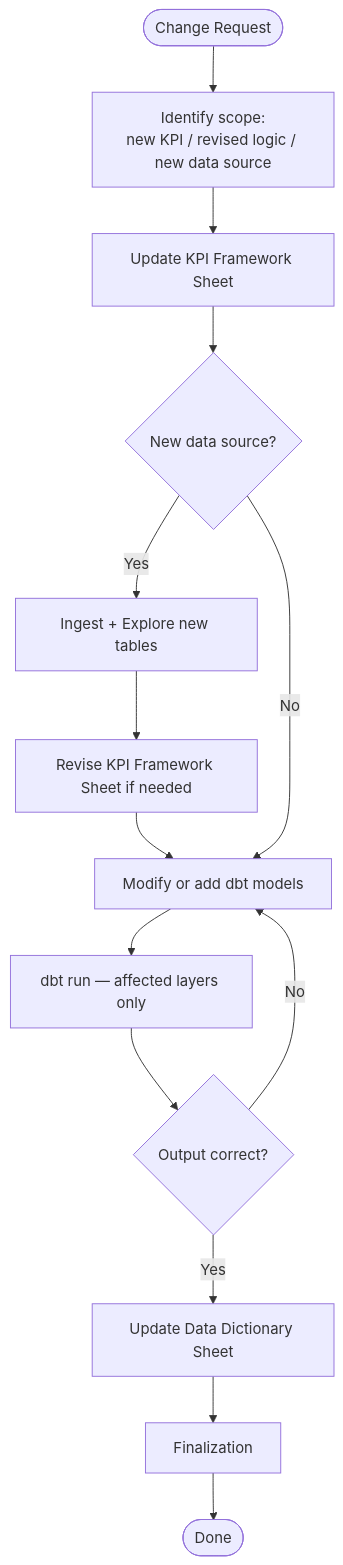
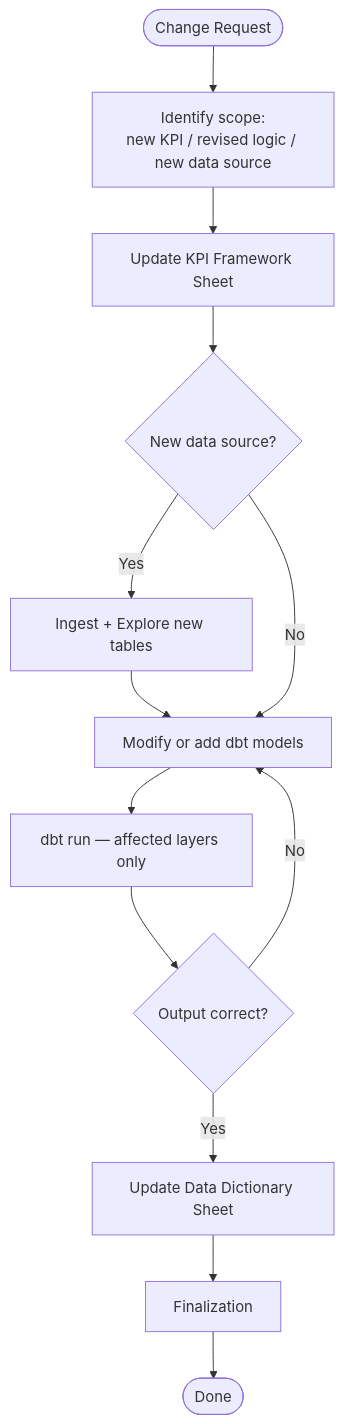
One commit to DalgoT4D/dalgo-core changed the second of 2 diagrams in workdocs/consulting/process.md. Above: the diagram before and after it, drawn with Mermaid. The commit also changed other lines of this file, not shown here.

````diff
--- a/workdocs/consulting/process.md
+++ b/workdocs/consulting/process.md
@@ -52,16 +49,15 @@
 ```mermaid
 flowchart TD
     A([Change Request]) --> B[Identify scope:\nnew KPI / revised logic / new data source]
     B --> C[Update KPI Framework Sheet]
     C --> D{New data source?}
     D -- Yes --> E[Ingest + Explore new tables]
-    E --> F[Revise KPI Framework Sheet if needed]
-    F --> G[Modify or add dbt models]
-    D -- No --> G
-    G --> H[dbt run — affected layers only]
-    H --> I{Output correct?}
-    I -- No --> G
-    I -- Yes --> J[Update Data Dictionary Sheet]
-    J --> K[Finalization]
-    K --> L([Done])
+    E --> F[Modify or add dbt models]
+    D -- No --> F
+    F --> G[dbt run — affected layers only]
+    G --> H{Output correct?}
+    H -- No --> F
+    H -- Yes --> I[Update Data Dictionary Sheet]
+    I --> J[Finalization]
+    J --> K([Done])
 ```
````
